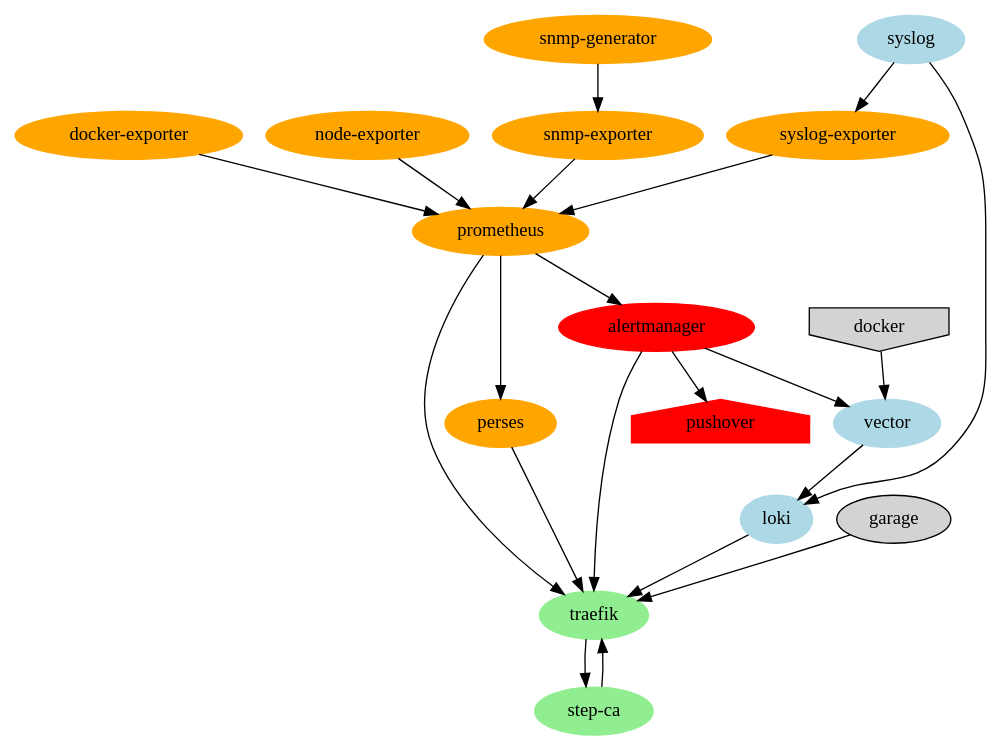
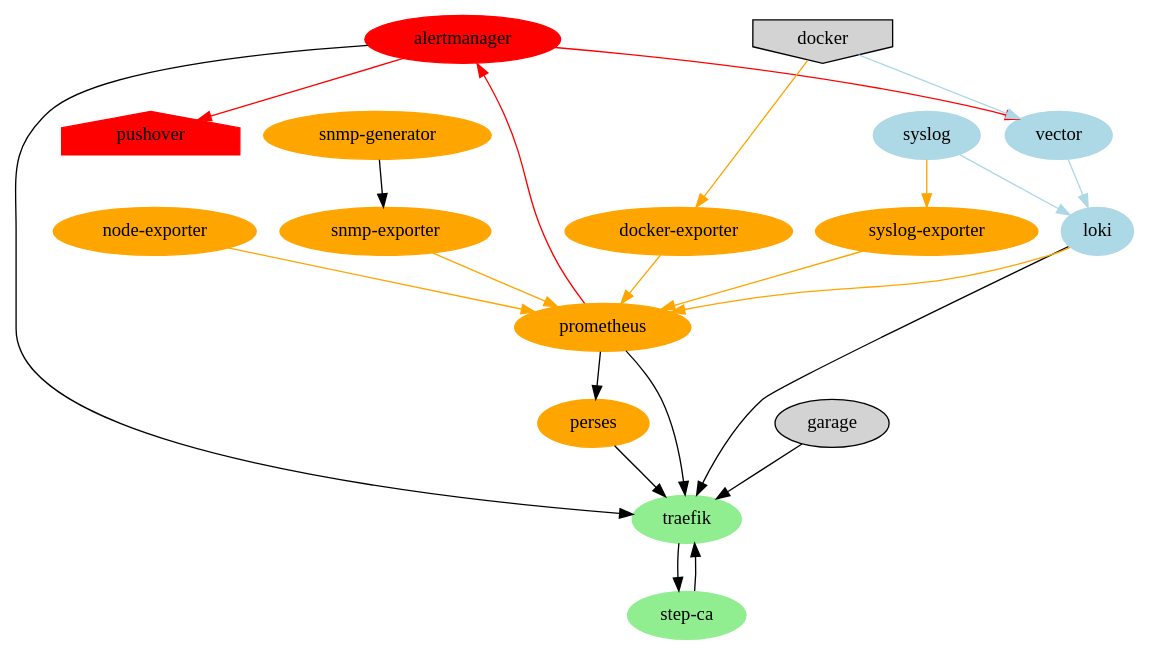
Before and after one commit to larsks/keg-services: the diagram in components.dot, drawn with Graphviz. The commit also changed 2 other files, not shown here.

```diff
--- a/components.dot
+++ b/components.dot
@@ -1,46 +1,48 @@
 digraph {
     node [style="filled"]
 
     # container services
     alertmanager [color="red", fillcolor="red"]
     traefik [color="lightgreen", fillcolor="lightgreen"]
     "step-ca" [color="lightgreen", fillcolor="lightgreen"]
-    prometheus [color="orange", fillcolor="orange"]
-    perses [color="orange", fillcolor="orange"]
-    "docker-exporter" [color="orange", fillcolor="orange"]
-    "node-exporter" [color="orange", fillcolor="orange"]
-    "snmp-exporter" [color="orange", fillcolor="orange"]
-    "snmp-generator" [color="orange", fillcolor="orange"]
-    syslog [color="lightblue", fillcolor="lightblue"]
-    "syslog-exporter" [color="orange", fillcolor="orange"]
-    vector [color="lightblue", fillcolor="lightblue"]
-    loki [color="lightblue", fillcolor="lightblue"]
+    prometheus [color=orange, fillcolor=orange]
+    perses [color=orange, fillcolor=orange]
+    "docker-exporter" [color=orange, fillcolor=orange]
+    "node-exporter" [color=orange, fillcolor=orange]
+    "snmp-exporter" [color=orange, fillcolor=orange]
+    "snmp-generator" [color=orange, fillcolor=orange]
+    syslog [color=lightblue, fillcolor=lightblue]
+    "syslog-exporter" [color=orange, fillcolor=orange]
+    vector [color=lightblue, fillcolor=lightblue]
+    loki [color=lightblue, fillcolor=lightblue]
 
     # external services
     pushover [shape=house, color=red, fillcolor=red]
     docker [shape=invhouse]
 
     traefik -> "step-ca"
     "step-ca" -> traefik
     alertmanager -> traefik
     garage -> traefik
     perses -> traefik
     prometheus -> traefik
     loki -> traefik
 
-    syslog -> loki
-    vector -> loki
-    docker -> vector
-    syslog -> "syslog-exporter"
-    "syslog-exporter" -> prometheus
+    syslog -> loki [color=lightblue]
+    vector -> loki [color=lightblue]
+    docker -> vector [color=lightblue]
+    syslog -> "syslog-exporter" [color=orange]
 
-    alertmanager -> vector
-    prometheus -> alertmanager
+    alertmanager -> vector [color=red]
+    prometheus -> alertmanager [color=red]
     prometheus -> perses
-    alertmanager -> pushover
+    alertmanager -> pushover [color=red]
 
-    "docker-exporter" -> prometheus
-    "node-exporter" -> prometheus
-    "snmp-exporter" -> prometheus
+    docker -> "docker-exporter" [color=orange]
+    "docker-exporter" -> prometheus [color=orange]
+    "node-exporter" -> prometheus [color=orange]
+    "snmp-exporter" -> prometheus [color=orange]
     "snmp-generator" -> "snmp-exporter"
+    "syslog-exporter" -> prometheus [color=orange]
+    loki -> prometheus [color=orange]
   }
```
